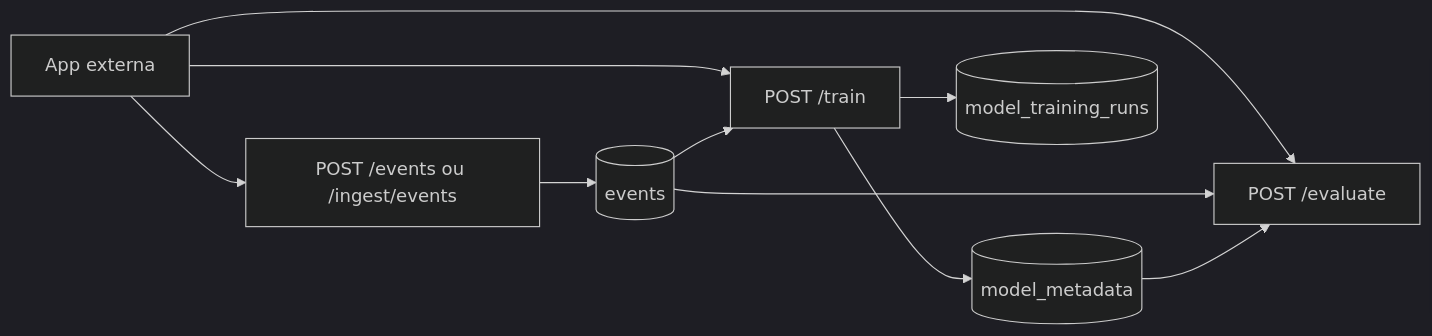
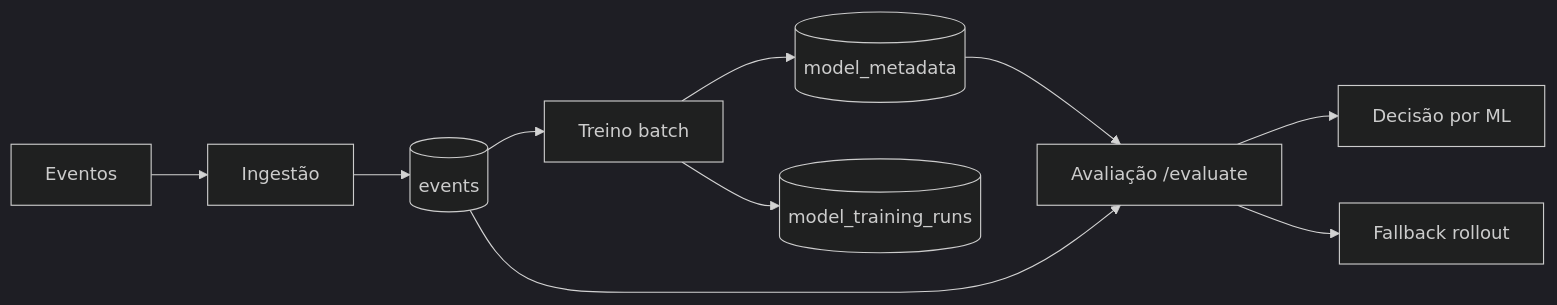
Before and after one commit to MariaCarolinass/adaptive-feature-flags: the diagram in docs/implementation/ml-decision-flow-in-depth.md, drawn with Mermaid (dark theme). The commit also changed other lines of this file and 3 other files, not shown here.

Commit message:
Add detailed documentation for machine learning decision flow, event ingestion, and training processes

````diff
--- a/docs/implementation/ml-decision-flow-in-depth.md
+++ b/docs/implementation/ml-decision-flow-in-depth.md
@@ -13,12 +14,12 @@
 ```mermaid
 flowchart LR
-    A[App externa] --> B[POST /events ou /ingest/events]
+    A[Eventos] --> B[Ingestão]
     B --> C[(events)]
-    A --> D[POST /train]
-    C --> D
+    C --> D[Treino batch]
     D --> E[(model_metadata)]
     D --> F[(model_training_runs)]
-    A --> G[POST /evaluate]
+    E --> G[Avaliação /evaluate]
     C --> G
-    E --> G
+    G --> H[Decisão por ML]
+    G --> I[Fallback rollout]
 ```
````
